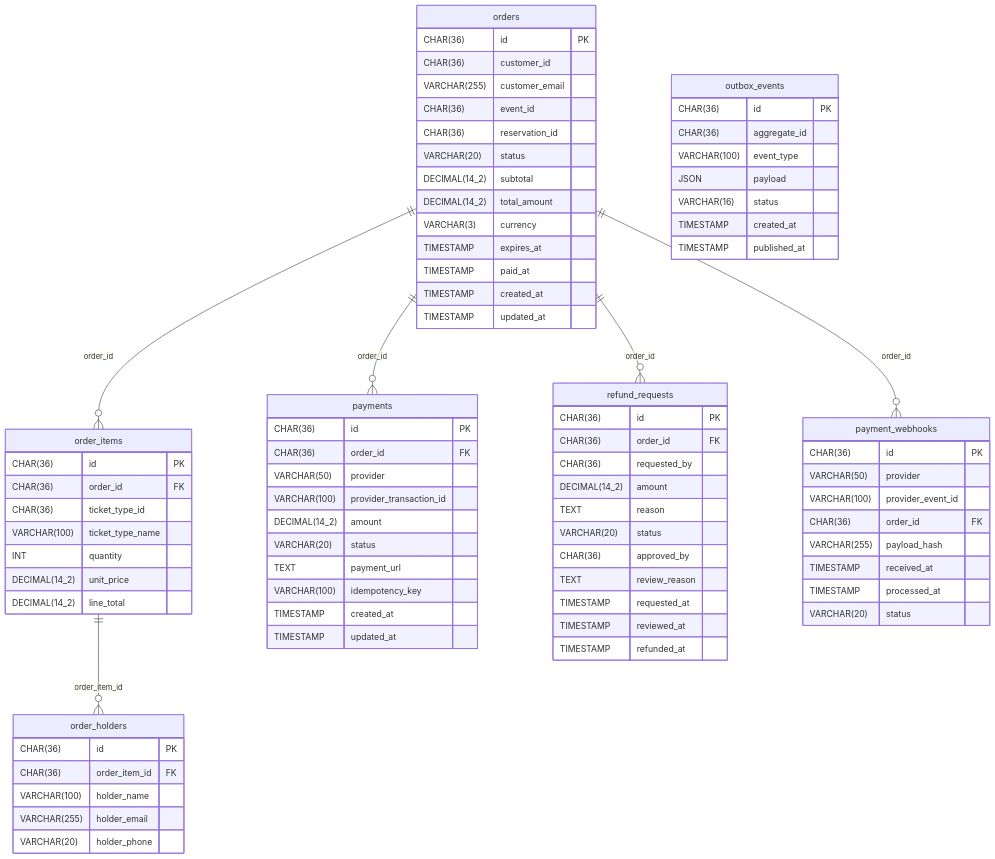
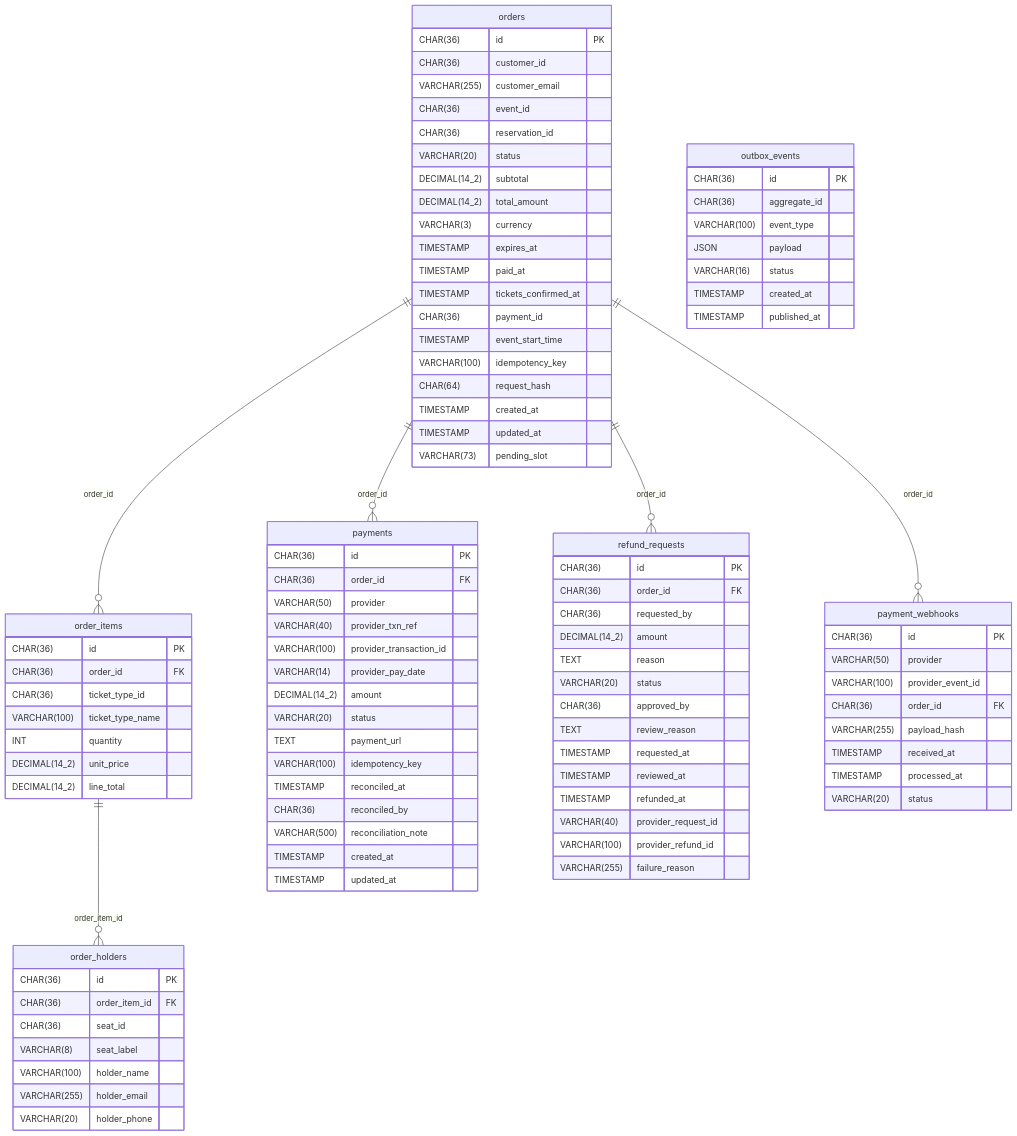
One commit to duymk123/EventHub changed the diagram in docs/database/order-service/erd.md. Above: the diagram before and after it, drawn with Mermaid. The commit also changed 135 other files, not shown here.

```diff
--- a/docs/database/order-service/erd.md
+++ b/docs/database/order-service/erd.md
@@ -25,8 +25,14 @@
     VARCHAR(3) currency
     TIMESTAMP expires_at
     TIMESTAMP paid_at
+    TIMESTAMP tickets_confirmed_at
+    CHAR(36) payment_id
+    TIMESTAMP event_start_time
+    VARCHAR(100) idempotency_key
+    CHAR(64) request_hash
     TIMESTAMP created_at
     TIMESTAMP updated_at
+    VARCHAR(73) pending_slot
   }
   order_items {
     CHAR(36) id PK
@@ -40,6 +46,8 @@
   order_holders {
     CHAR(36) id PK
     CHAR(36) order_item_id FK
+    CHAR(36) seat_id
+    VARCHAR(8) seat_label
     VARCHAR(100) holder_name
     VARCHAR(255) holder_email
     VARCHAR(20) holder_phone
@@ -48,11 +56,16 @@
     CHAR(36) id PK
     CHAR(36) order_id FK
     VARCHAR(50) provider
+    VARCHAR(40) provider_txn_ref
     VARCHAR(100) provider_transaction_id
+    VARCHAR(14) provider_pay_date
     DECIMAL(14_2) amount
     VARCHAR(20) status
     TEXT payment_url
     VARCHAR(100) idempotency_key
+    TIMESTAMP reconciled_at
+    CHAR(36) reconciled_by
+    VARCHAR(500) reconciliation_note
     TIMESTAMP created_at
     TIMESTAMP updated_at
   }
@@ -68,6 +81,9 @@
     TIMESTAMP requested_at
     TIMESTAMP reviewed_at
     TIMESTAMP refunded_at
+    VARCHAR(40) provider_request_id
+    VARCHAR(100) provider_refund_id
+    VARCHAR(255) failure_reason
   }
   payment_webhooks {
     CHAR(36) id PK
```
